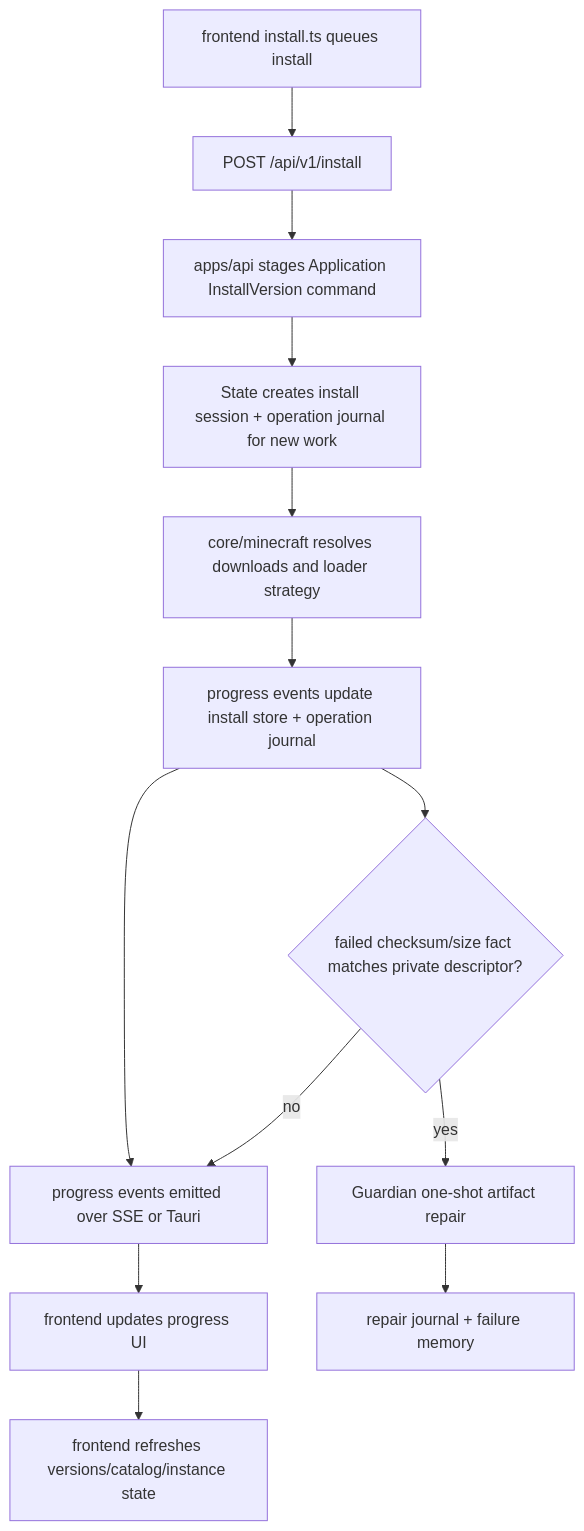
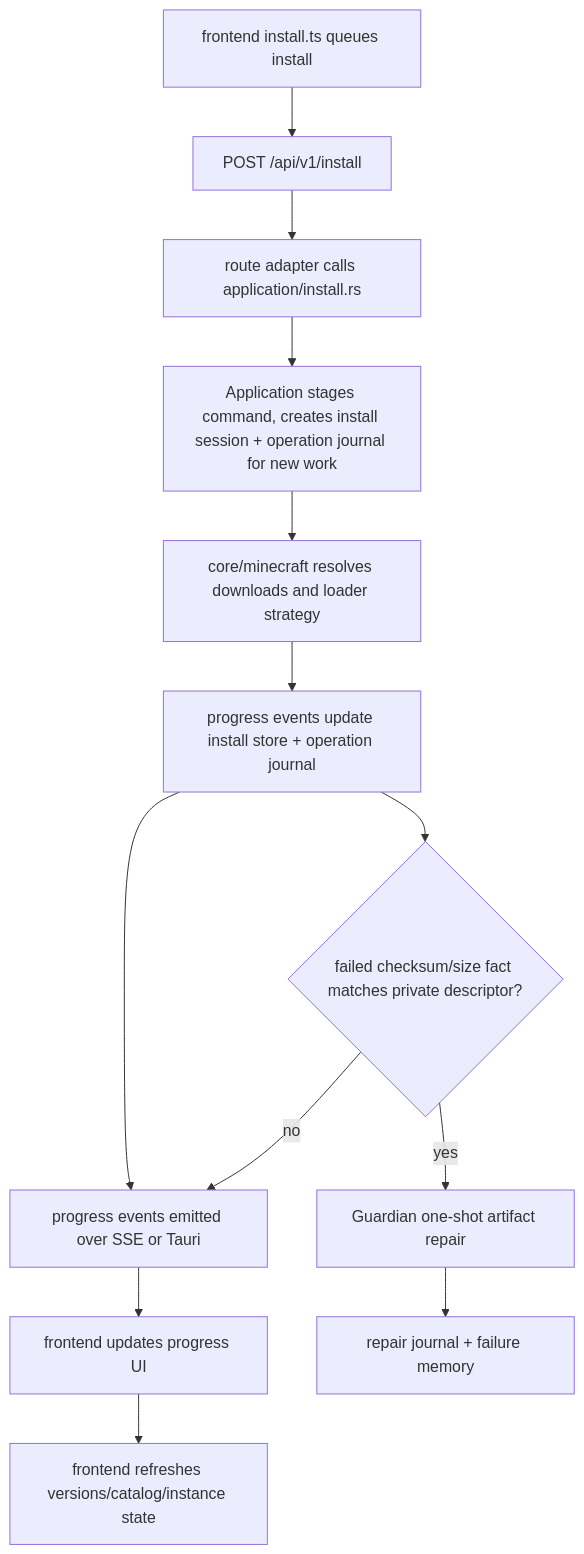
The seventh of 9 diagrams in docs/ARCHITECTURE.md (mateoltd/croopor), drawn with Mermaid before and after one commit. The commit also changed other lines of this file and 47 other files, not shown here.

````diff
--- a/docs/ARCHITECTURE.md
+++ b/docs/ARCHITECTURE.md
@@ -235,15 +241,15 @@
 ```mermaid
 flowchart TD
     A[frontend install.ts queues install] --> B[POST /api/v1/install]
-    B --> C[apps/api stages Application InstallVersion command]
-    C --> D[State creates install session + operation journal for new work]
+    B --> C[route adapter calls application/install.rs]
+    C --> D[Application stages command, creates install session + operation journal for new work]
     D --> E[core/minecraft resolves downloads and loader strategy]
     E --> F[progress events update install store + operation journal]
     F --> G[progress events emitted over SSE or Tauri]
     G --> H[frontend updates progress UI]
     H --> I[frontend refreshes versions/catalog/instance state]
     F --> J{failed checksum/size fact matches private descriptor?}
     J -->|yes| K[Guardian one-shot artifact repair]
     J -->|no| G
     K --> L[repair journal + failure memory]
 ```
````
